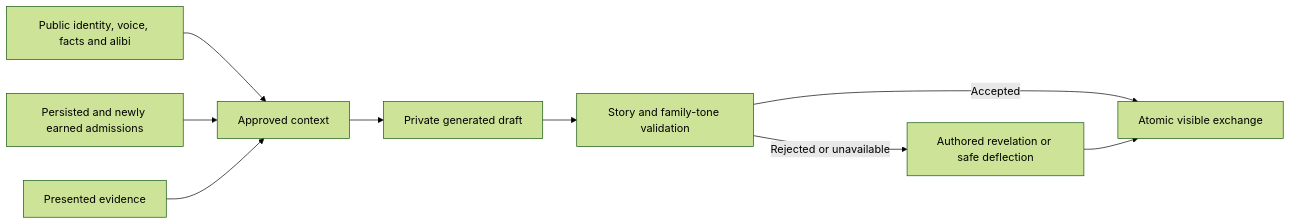
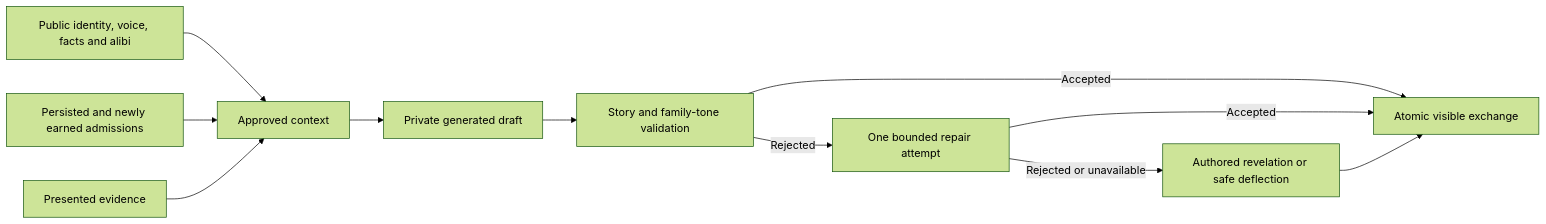
Before and after one commit to shashankraider/PartyGame: the third of 4 diagrams in docs/ARCHITECTURE.md, drawn with Mermaid (forest theme). The commit also changed other lines of this file and 66 other files, not shown here.

Commit message:
Add timed interviews, Rhea persona graphs and mobile gameplay refinements

````diff
--- a/docs/ARCHITECTURE.md
+++ b/docs/ARCHITECTURE.md
@@ -105,11 +107,13 @@
 ```mermaid
 flowchart LR
   Public[Public identity, voice, facts and alibi] --> Prompt[Approved context]
   Admitted[Persisted and newly earned admissions] --> Prompt
   Evidence[Presented evidence] --> Prompt
   Prompt --> Draft[Private generated draft]
   Draft --> Check[Story and family-tone validation]
   Check -->|Accepted| Commit[Atomic visible exchange]
-  Check -->|Rejected or unavailable| Safe[Authored revelation or safe deflection]
+  Check -->|Rejected| Repair[One bounded repair attempt]
+  Repair -->|Accepted| Commit
+  Repair -->|Rejected or unavailable| Safe[Authored revelation or safe deflection]
   Safe --> Commit
 ```
````
